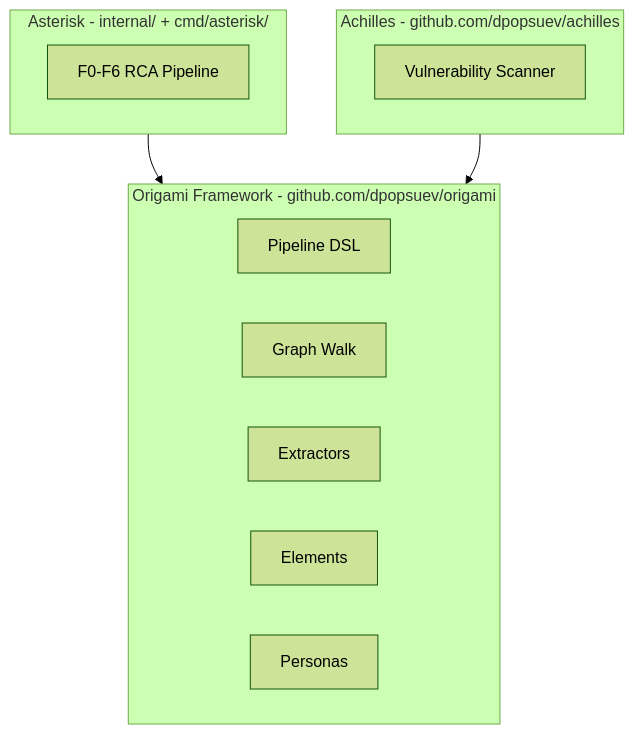
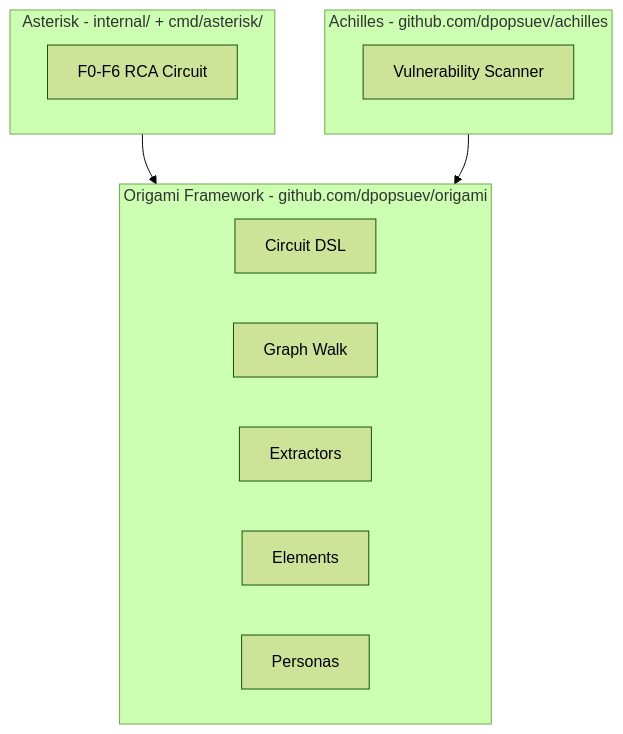
Before and after one commit to dpopsuev/asterisk: the diagram in .cursor/contracts/completed/distillation/asterisk-origami-distillation.md, drawn with Mermaid (forest theme). The commit also changed other lines of this file and 184 other files, not shown here.

First line of the commit message:
refactor: pipeline→circuit rename + rca-pure-dsl Phase 3-4 advance

````diff
--- a/.cursor/contracts/completed/distillation/asterisk-origami-distillation.md
+++ b/.cursor/contracts/completed/distillation/asterisk-origami-distillation.md
@@ -27,18 +27,18 @@
 ```mermaid
 flowchart TD
     subgraph origami [Origami Framework - github.com/dpopsuev/origami]
-        DSL[Pipeline DSL]
+        DSL[Circuit DSL]
         Graph[Graph Walk]
         Ext[Extractors]
         Elem[Elements]
         Persona[Personas]
     end
     subgraph asterisk [Asterisk - internal/ + cmd/asterisk/]
-        RCA["F0-F6 RCA Pipeline"]
+        RCA["F0-F6 RCA Circuit"]
     end
     subgraph achilles [Achilles - github.com/dpopsuev/achilles]
         Scan["Vulnerability Scanner"]
     end
     asterisk --> origami
     achilles --> origami
 ```
````
